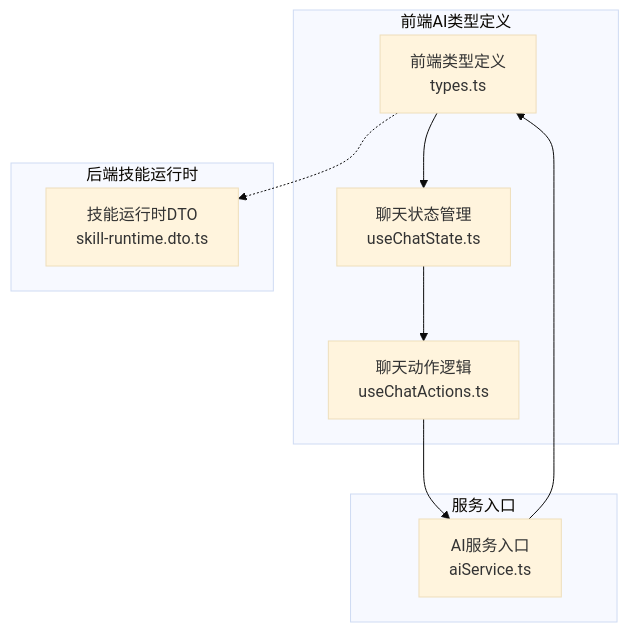
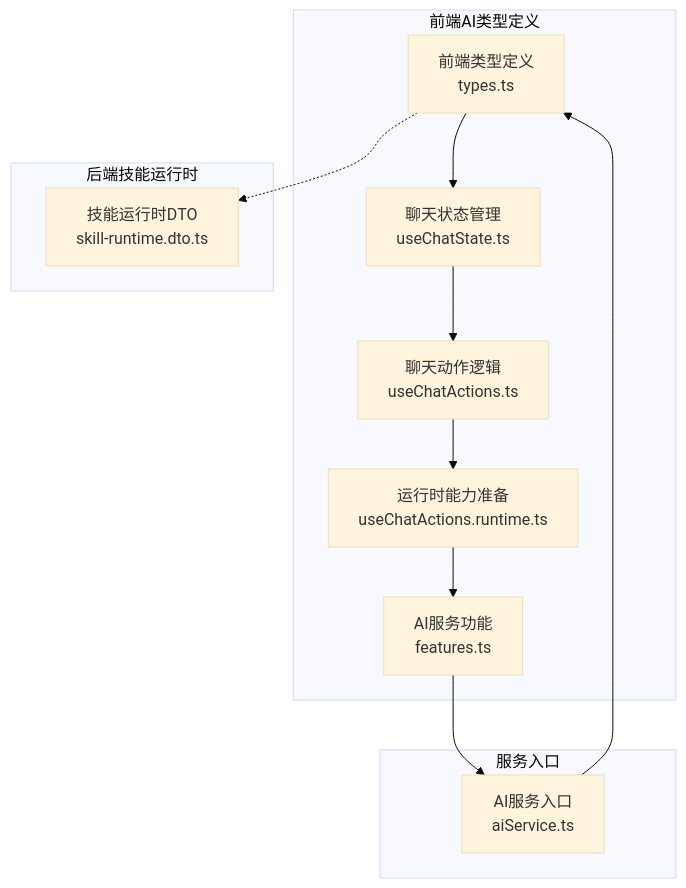
Before and after one commit to xixixiaoyu/Todo: the first of 8 diagrams in .qoder/repowiki/zh/content/Ai Types Definitions/Ai Types Definitions.md, drawn with Mermaid (base theme). The commit also changed other lines of this file and 6 other files, not shown here.

````diff
--- a/.qoder/repowiki/zh/content/Ai Types Definitions/Ai Types Definitions.md
+++ b/.qoder/repowiki/zh/content/Ai Types Definitions/Ai Types Definitions.md
@@ -36,19 +50,23 @@
 ```mermaid
 graph TB
 subgraph "前端AI类型定义"
 FT["前端类型定义<br/>types.ts"]
 FS["聊天状态管理<br/>useChatState.ts"]
 FA["聊天动作逻辑<br/>useChatActions.ts"]
+FR["运行时能力准备<br/>useChatActions.runtime.ts"]
+FF["AI服务功能<br/>features.ts"]
 end
 subgraph "后端技能运行时"
 BST["技能运行时DTO<br/>skill-runtime.dto.ts"]
 end
 subgraph "服务入口"
 AIS["AI服务入口<br/>aiService.ts"]
 end
 FT --> FS
 FS --> FA
-FA --> AIS
+FA --> FR
+FR --> FF
+FF --> AIS
 AIS --> FT
 FT -.-> BST
 ```
````
